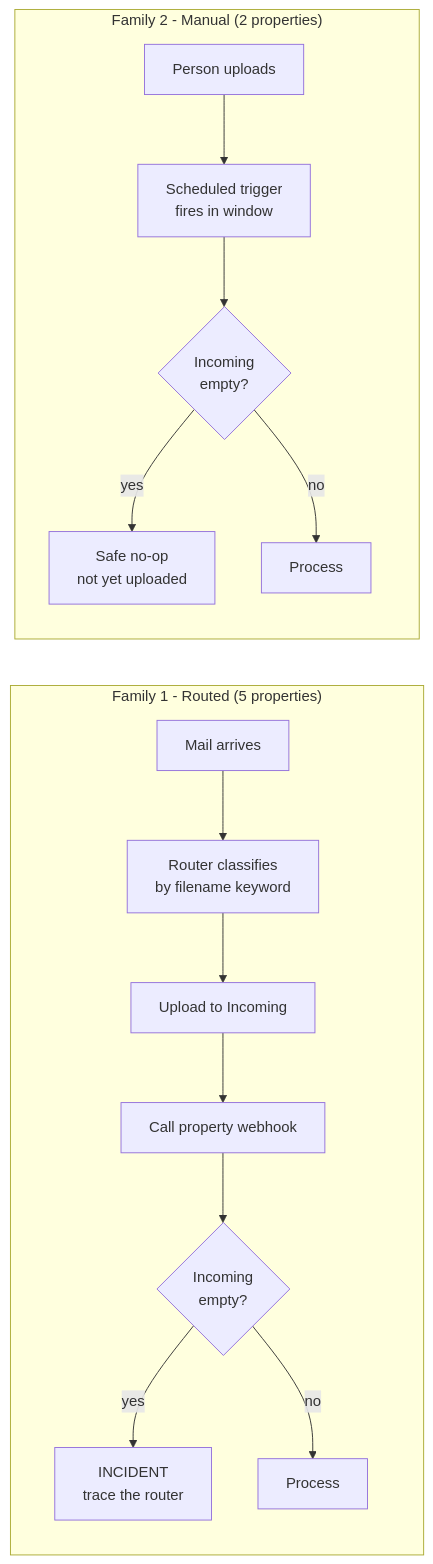
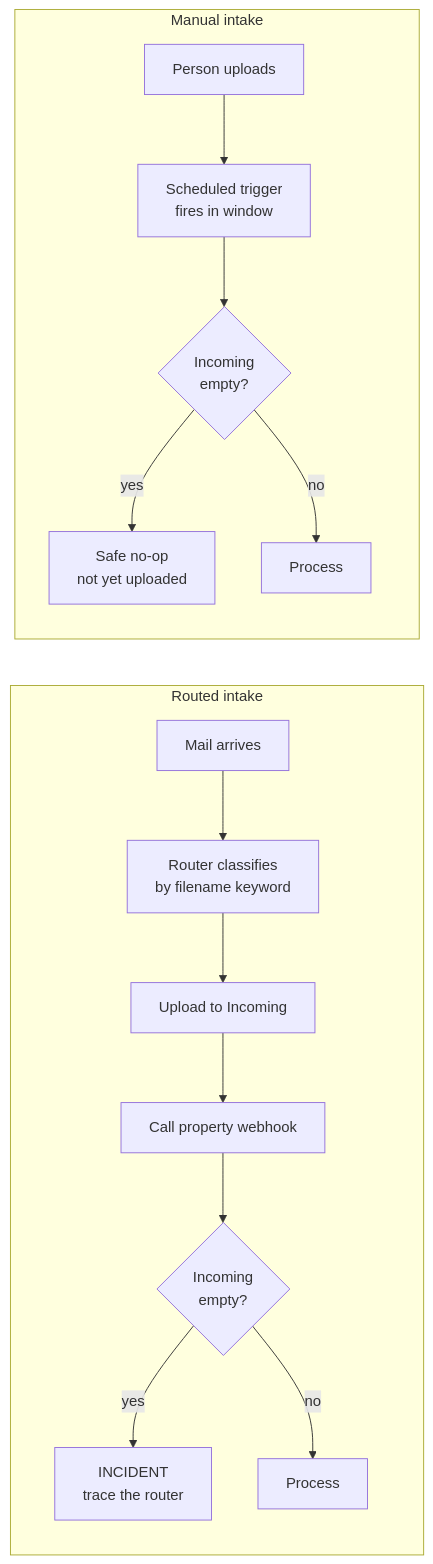
Before and after one commit to rgb101593/make-monthly-property-tracking-pipeline: the third of 5 diagrams in diagrams/pipeline.md, drawn with Mermaid. The commit also changed other lines of this file and 16 other files, not shown here.

````diff
--- a/diagrams/pipeline.md
+++ b/diagrams/pipeline.md
@@ -83,20 +83,20 @@
 ```mermaid
 flowchart LR
-    subgraph F1["Family 1 - Routed (5 properties)"]
+    subgraph F1["Routed intake"]
         direction TB
         A1["Mail arrives"] --> A2["Router classifies<br/>by filename keyword"]
         A2 --> A3["Upload to Incoming"]
         A3 --> A4["Call property webhook"]
         A4 --> A5{"Incoming<br/>empty?"}
         A5 -->|"yes"| A6["INCIDENT<br/>trace the router"]
         A5 -->|"no"| A7["Process"]
     end
 
-    subgraph F2["Family 2 - Manual (2 properties)"]
+    subgraph F2["Manual intake"]
         direction TB
         B1["Person uploads"] --> B2["Scheduled trigger<br/>fires in window"]
         B2 --> B3{"Incoming<br/>empty?"}
         B3 -->|"yes"| B4["Safe no-op<br/>not yet uploaded"]
         B3 -->|"no"| B5["Process"]
     end
 ```
````
